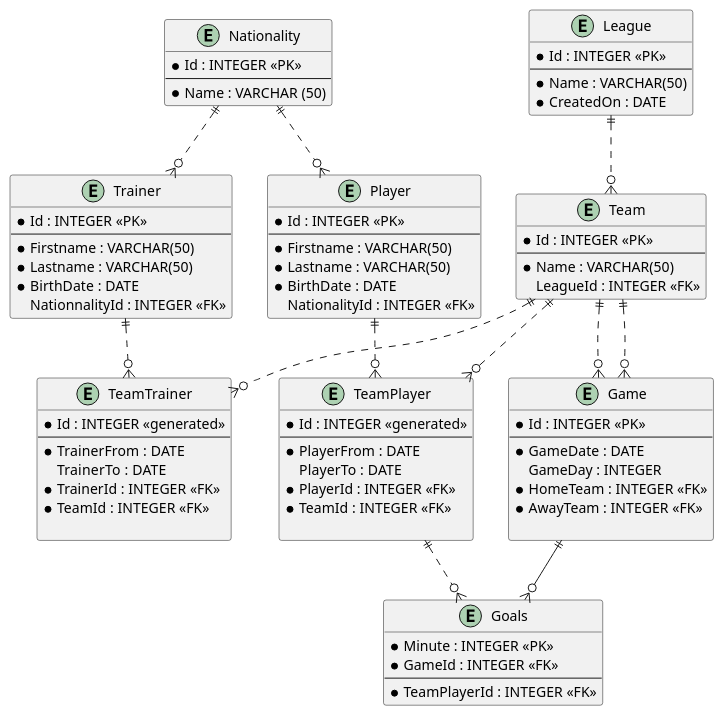
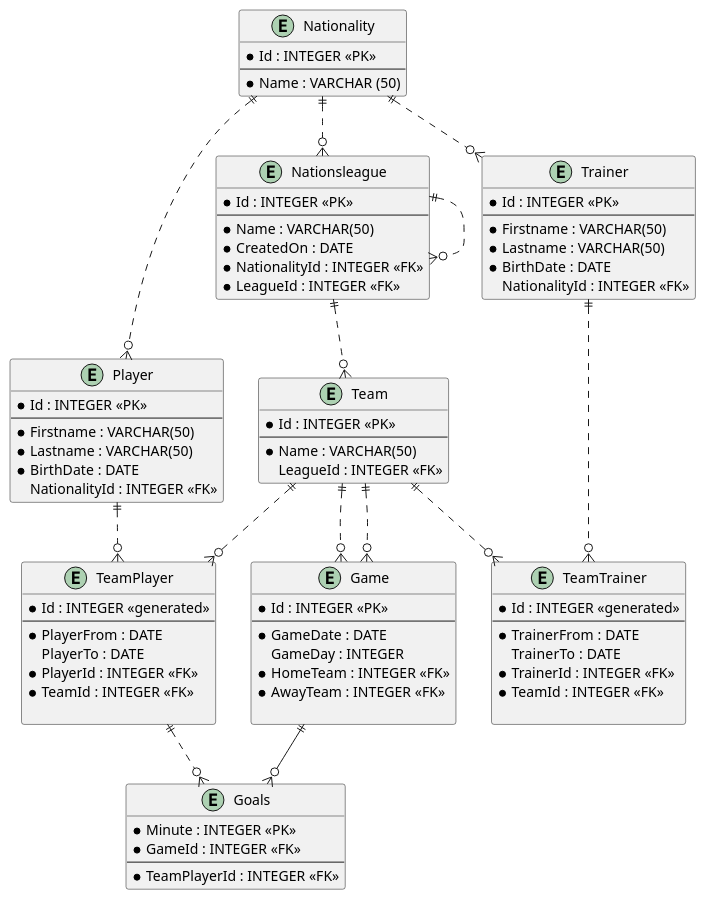
Before and after one commit to BojanTRB/nationsLeague: the diagram in er_logical.puml, drawn with PlantUML. The commit also changed 2 other files, not shown here.

```diff
--- a/er_logical.puml
+++ b/er_logical.puml
@@ -1,91 +1,96 @@
 @startuml soccerleague
 
-entity League{
+entity Nationsleague{
     * Id : INTEGER <<PK>>
     ---
     * Name : VARCHAR(50)
     * CreatedOn : DATE
+    * NationalityId : INTEGER <<FK>>
+    * LeagueId : INTEGER <<FK>>
 }
 
 entity Team{
     * Id : INTEGER <<PK>>
     --
     * Name : VARCHAR(50)
     LeagueId : INTEGER <<FK>>
 }
 
 entity Player{
     * Id : INTEGER <<PK>>
     --
     * Firstname : VARCHAR(50)
     * Lastname : VARCHAR(50)
     * BirthDate : DATE
     NationalityId : INTEGER <<FK>>
 }
 
 entity TeamTrainer{
     * Id : INTEGER <<generated>>
     ---
     * TrainerFrom : DATE
     TrainerTo : DATE
     * TrainerId : INTEGER <<FK>>
     * TeamId : INTEGER <<FK>>
     
 }
 
 entity Goals{
     * Minute : INTEGER <<PK>>
     * GameId : INTEGER <<FK>>
     --
     * TeamPlayerId : INTEGER <<FK>>
 }
 
 entity TeamPlayer{
     * Id : INTEGER <<generated>>
     ---
     * PlayerFrom : DATE
     PlayerTo : DATE
     * PlayerId : INTEGER <<FK>>
     * TeamId : INTEGER <<FK>>
     
 }
 
 entity Trainer{
     * Id : INTEGER <<PK>> 
     --
     * Firstname : VARCHAR(50)
     * Lastname : VARCHAR(50)
     * BirthDate : DATE
-    NationnalityId : INTEGER <<FK>>
+    NationalityId : INTEGER <<FK>>
 }
 
 entity Game {
     * Id : INTEGER <<PK>> 
     --
     * GameDate : DATE
     GameDay : INTEGER
     * HomeTeam : INTEGER <<FK>> 
     * AwayTeam : INTEGER <<FK>>
     
 }
 
 entity Nationality {
     * Id : INTEGER <<PK>>
     --
     * Name : VARCHAR (50)
 }
 
 
 
-League ||..o{ Team
+Nationsleague ||..o{ Team
 Team ||..o{ TeamTrainer
 Team ||..o{ TeamPlayer
 Team ||..o{ Game
 Team ||..o{ Game
 Player ||..o{ TeamPlayer
 Trainer ||..o{ TeamTrainer
 Game ||--o{ Goals
 TeamPlayer ||..o{ Goals
-Nationality ||..o{ Player
+Nationality ||.o{ Player
 Nationality ||..o{ Trainer
+Nationality ||..o{ Nationsleague
+Nationsleague ||..o{ Nationsleague
+
 @enduml
```
